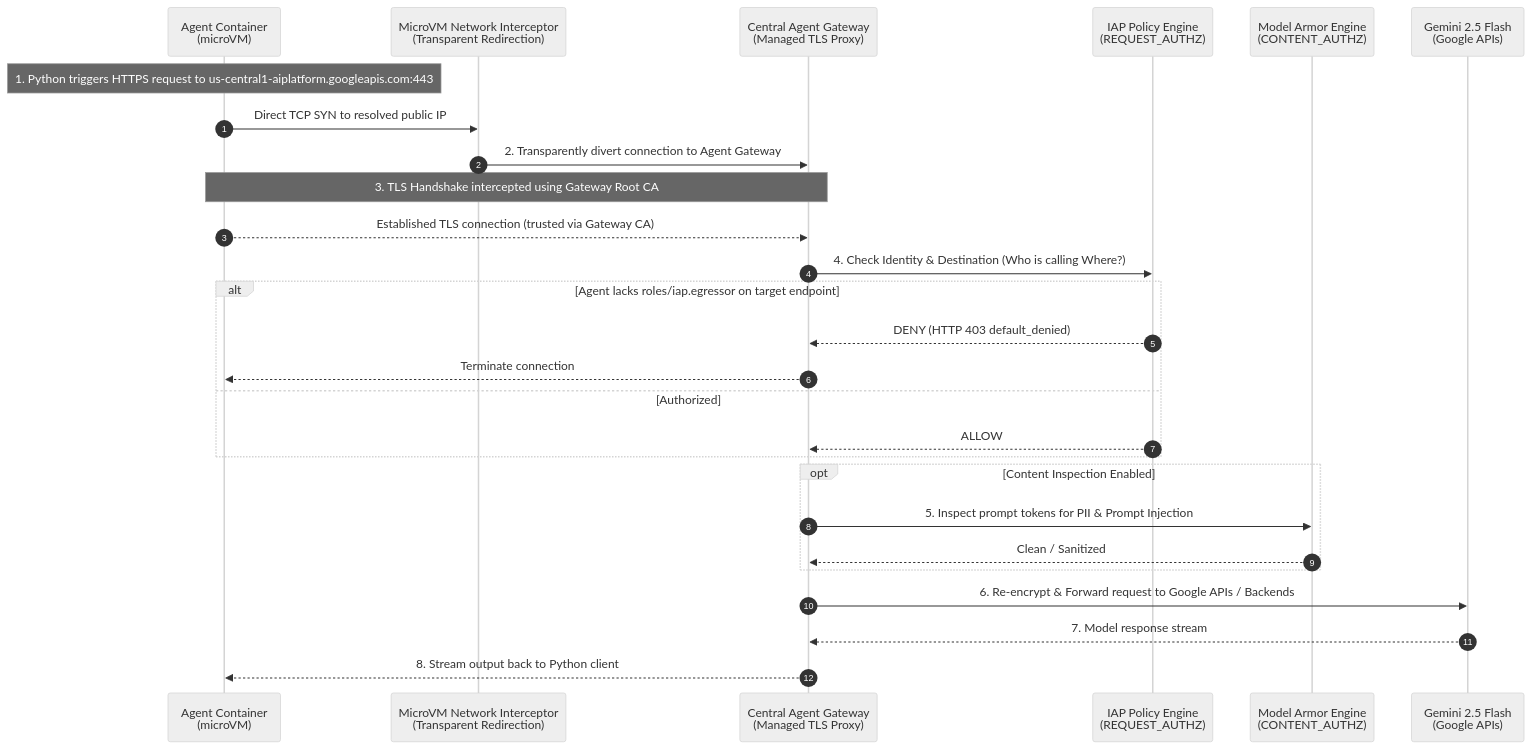
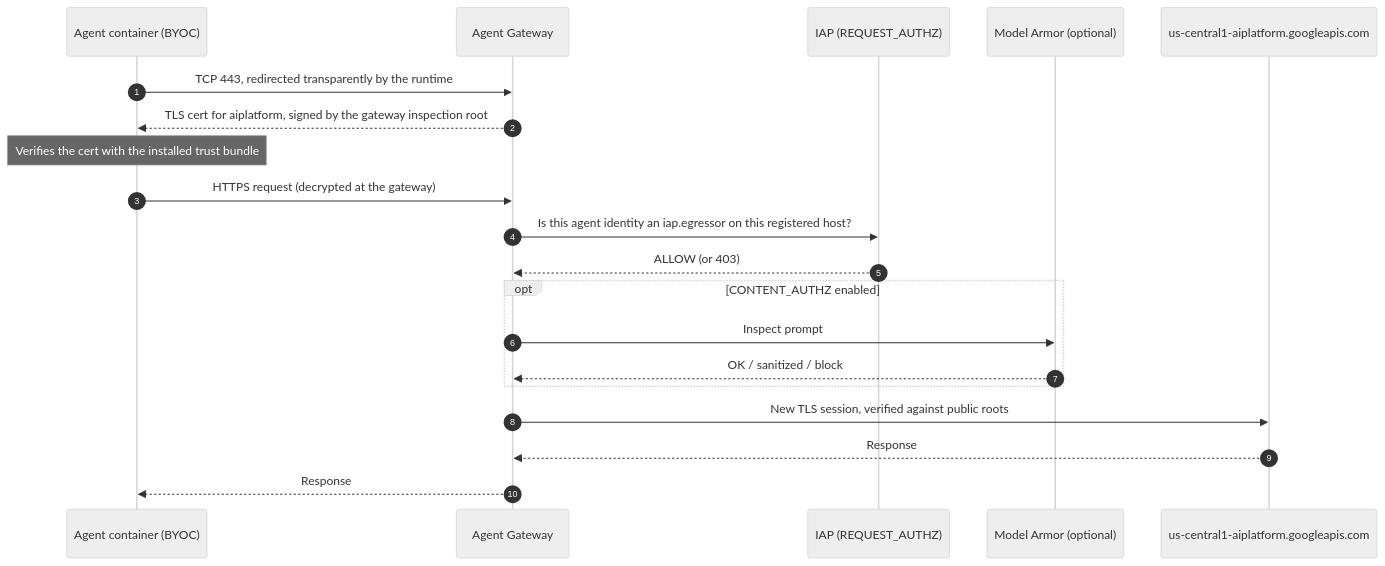
Before and after one commit to google/esmeralda: the second of 4 diagrams in docs/3-agentops-and-lifecycle/01-central-agent-gateway.md, drawn with Mermaid (neutral theme). The commit also changed other lines of this file and 15 other files, not shown here.

First line of the commit message:
docs: revise all docs for team-based names and current architecture

````diff
--- a/docs/3-agentops-and-lifecycle/01-central-agent-gateway.md
+++ b/docs/3-agentops-and-lifecycle/01-central-agent-gateway.md
@@ -82,34 +280,23 @@
 ```mermaid
 sequenceDiagram
     autonumber
-    participant Agent as Agent Container<br/>(microVM)
-    participant Hypervisor as MicroVM Network Interceptor<br/>(Transparent Redirection)
-    participant Proxy as Central Agent Gateway<br/>(Managed TLS Proxy)
-    participant IAP as IAP Policy Engine<br/>(REQUEST_AUTHZ)
-    participant Armor as Model Armor Engine<br/>(CONTENT_AUTHZ)
-    participant Target as Gemini 2.5 Flash<br/>(Google APIs)
+    participant A as Agent container (BYOC)
+    participant G as Agent Gateway
+    participant I as IAP (REQUEST_AUTHZ)
+    participant M as Model Armor (optional)
+    participant V as us-central1-aiplatform.googleapis.com
 
-    Note over Agent: 1. Python triggers HTTPS request to us-central1-aiplatform.googleapis.com:443
-    Agent->>Hypervisor: Direct TCP SYN to resolved public IP
-    Hypervisor->>Proxy: 2. Transparently divert connection to Agent Gateway
-    
-    Note over Proxy,Agent: 3. TLS Handshake intercepted using Gateway Root CA
-    Agent-->>Proxy: Established TLS connection (trusted via Gateway CA)
-
-    Proxy->>IAP: 4. Check Identity & Destination (Who is calling Where?)
-    alt Agent lacks roles/iap.egressor on target endpoint
-        IAP-->>Proxy: DENY (HTTP 403 default_denied)
-        Proxy-->>Agent: Terminate connection
-    else Authorized
-        IAP-->>Proxy: ALLOW
+    A->>G: TCP 443, redirected transparently by the runtime
+    G-->>A: TLS cert for aiplatform, signed by the gateway inspection root
+    Note over A: Verifies the cert with the installed trust bundle
+    A->>G: HTTPS request (decrypted at the gateway)
+    G->>I: Is this agent identity an iap.egressor on this registered host?
+    I-->>G: ALLOW (or 403)
+    opt CONTENT_AUTHZ enabled
+        G->>M: Inspect prompt
+        M-->>G: OK / sanitized / block
     end
-
-    opt Content Inspection Enabled
-        Proxy->>Armor: 5. Inspect prompt tokens for PII & Prompt Injection
-        Armor-->>Proxy: Clean / Sanitized
-    end
-
-    Proxy->>Target: 6. Re-encrypt & Forward request to Google APIs / Backends
-    Target-->>Proxy: 7. Model response stream
-    Proxy-->>Agent: 8. Stream output back to Python client
+    G->>V: New TLS session, verified against public roots
+    V-->>G: Response
+    G-->>A: Response
 ```
````
